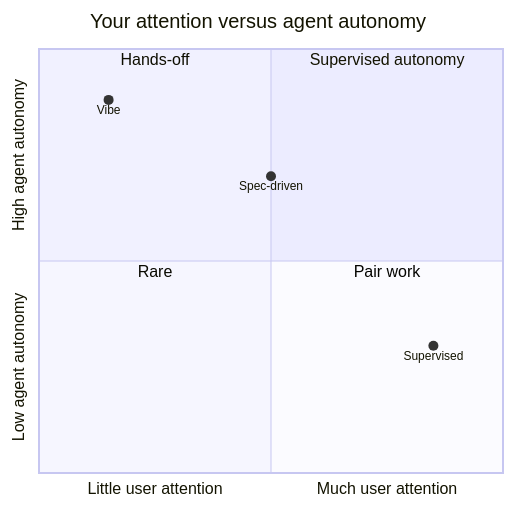
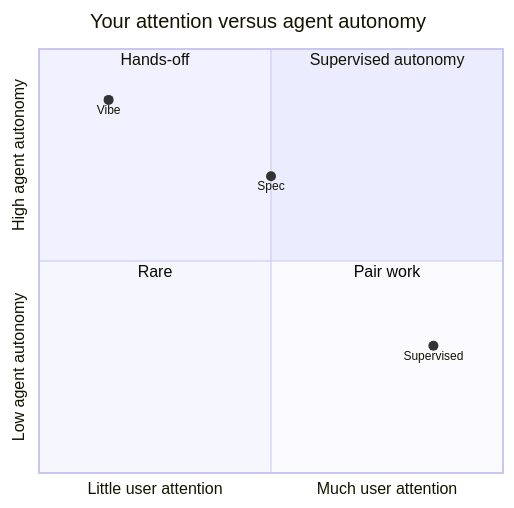
The first of 5 diagrams in README.md (an-dr/agents), drawn with Mermaid before and after one commit. The commit also changed other lines of this file and 71 other files, not shown here.

First line of the commit message:
feat(workflow)!: run every flow on one common path with named approvals

````diff
--- a/README.md
+++ b/README.md
@@ -79,13 +69,13 @@
 ```mermaid
 quadrantChart
-  title Your attention versus agent autonomy
-  x-axis Little user attention --> Much user attention
-  y-axis Low agent autonomy --> High agent autonomy
-  quadrant-1 Supervised autonomy
-  quadrant-2 Hands-off
-  quadrant-3 Rare
-  quadrant-4 Pair work
-  Vibe: [0.15, 0.88]
-  Spec-driven: [0.5, 0.7]
-  Supervised: [0.85, 0.3]
+    title Your attention versus agent autonomy
+    x-axis Little user attention --> Much user attention
+    y-axis Low agent autonomy --> High agent autonomy
+    quadrant-1 Supervised autonomy
+    quadrant-2 Hands-off
+    quadrant-3 Rare
+    quadrant-4 Pair work
+    Vibe: [0.15, 0.88]
+    Spec: [0.5, 0.7]
+    Supervised: [0.85, 0.3]
 ```
````
